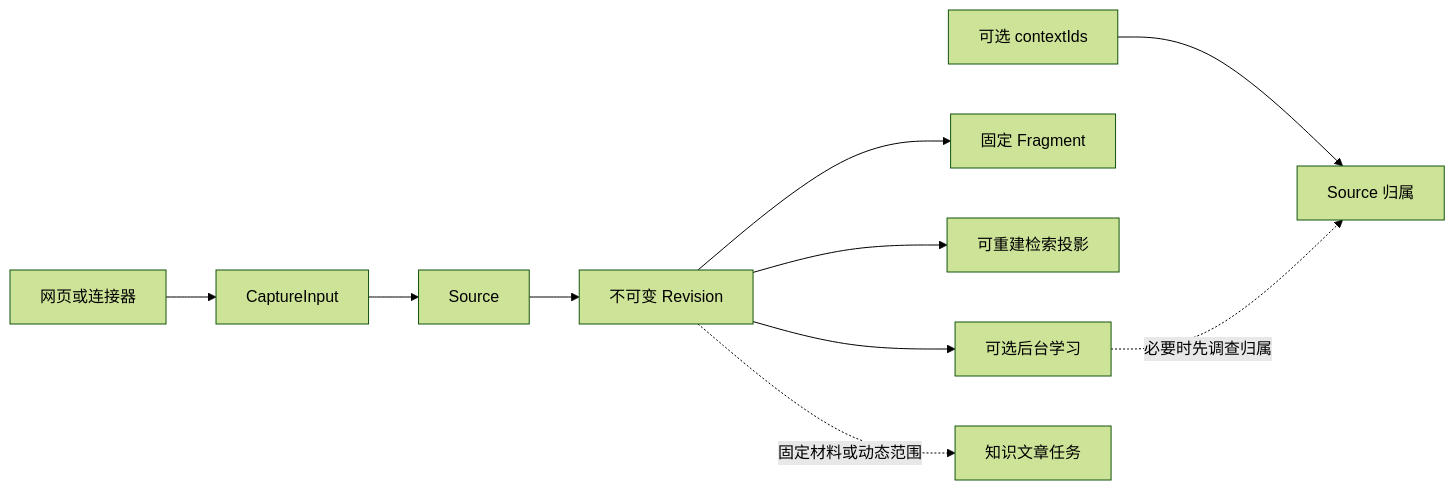
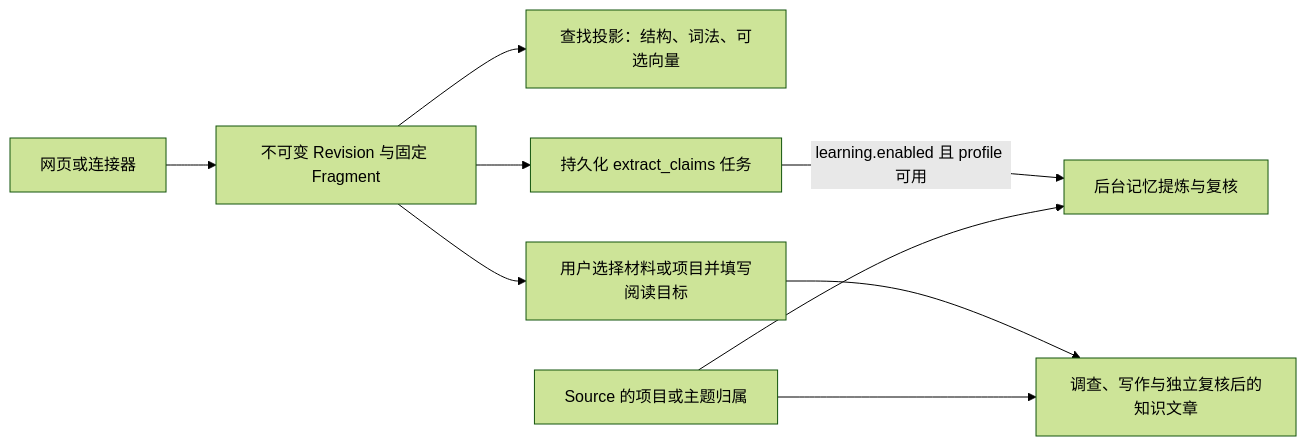
One commit to lejunyang/omem changed the diagram in .repo-review/knowledge/articles/08e8de8e7788195db049c6fb0184ebc7888d9ec16a991ed19523deb074181035.md. Above: the diagram before and after it, drawn with Mermaid (forest theme). The commit also changed other lines of this file and 7 other files, not shown here.

````diff
--- a/.repo-review/knowledge/articles/08e8de8e7788195db049c6fb0184ebc7888d9ec16a991ed19523deb074181035.md
+++ b/.repo-review/knowledge/articles/08e8de8e7788195db049c6fb0184ebc7888d9ec16a991ed19523deb074181035.md
@@ -52,12 +71,11 @@
 ```mermaid
 flowchart LR
-  A[网页或连接器] --> B[CaptureInput]
-  X[可选 contextIds] --> C[Source 归属]
-  B --> D[Source]
-  D --> E[不可变 Revision]
-  E --> F[固定 Fragment]
-  E --> G[可重建检索投影]
-  E --> H[可选后台学习]
-  H -.必要时先调查归属.-> C
-  E -.固定材料或动态范围.-> I[知识文章任务]
+  I[网页或连接器] --> R[不可变 Revision 与固定 Fragment]
+  R --> S[查找投影：结构、词法、可选向量]
+  R --> J[持久化 extract_claims 任务]
+  J -->|learning.enabled 且 profile 可用| M[后台记忆提炼与复核]
+  R --> P[用户选择材料或项目并填写阅读目标]
+  P --> K[调查、写作与独立复核后的知识文章]
+  C[Source 的项目或主题归属] --> M
+  C --> K
 ```
````
